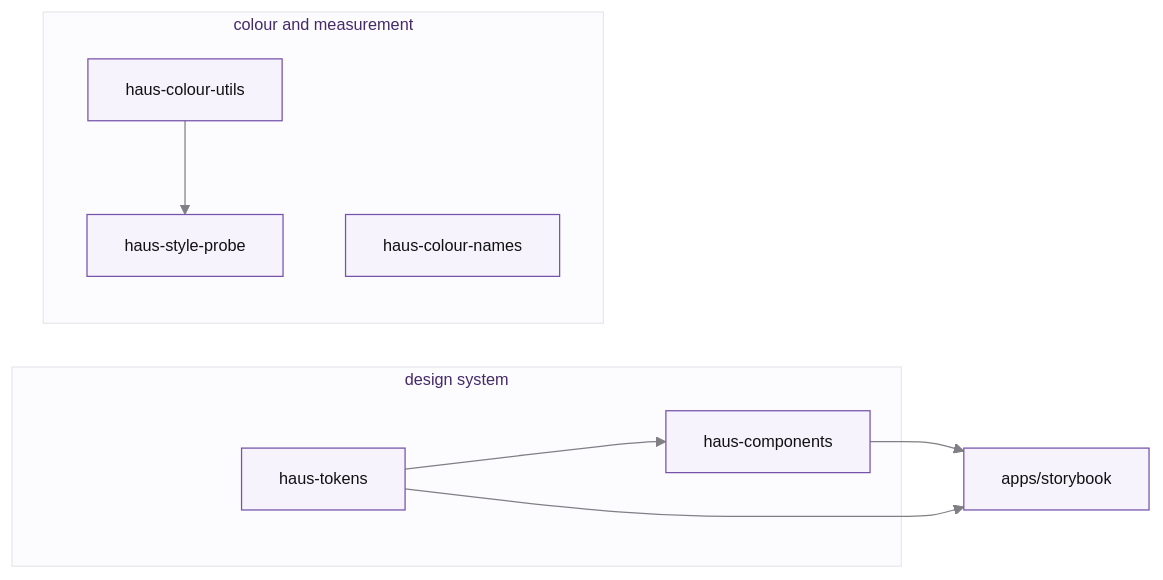
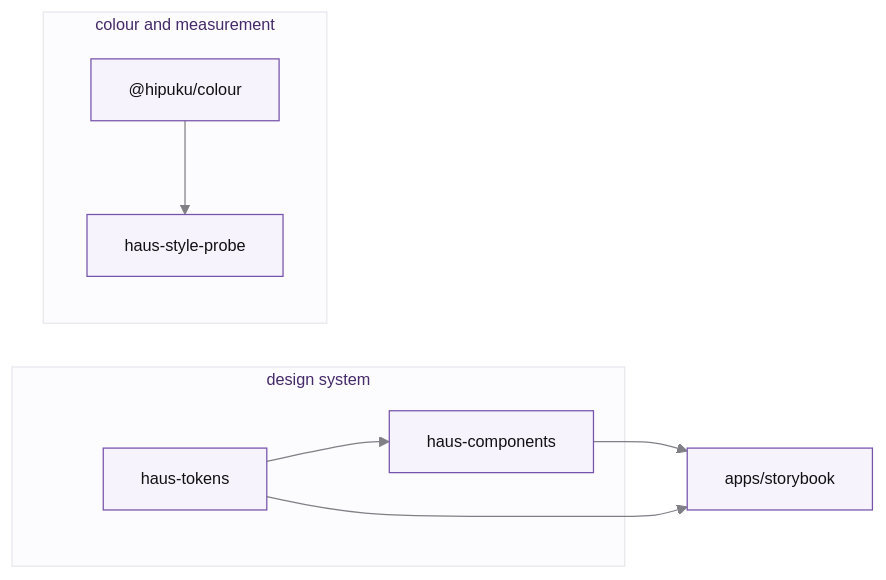
One commit to hipuku/haus changed the first of 4 diagrams in ARCHITECTURE.md. Above: the diagram before and after it, drawn with Mermaid. The commit also changed other lines of this file and 47 other files, not shown here.

First line of the commit message:
Merge haus-colour-utils and haus-colour-names into @hipuku/colour (#151)

````diff
--- a/ARCHITECTURE.md
+++ b/ARCHITECTURE.md
@@ -7,19 +7,18 @@
 ```mermaid
 %%{init: {'theme':'base','themeVariables':{'primaryColor':'#f6f3fc','primaryBorderColor':'#7653ab','primaryTextColor':'#111113','lineColor':'#807f85','secondaryColor':'#f5f4f9','tertiaryColor':'#ffffff','fontFamily':'Manrope, ui-sans-serif, system-ui','fontSize':'13px','clusterBkg':'#fcfbfe','clusterBorder':'#e7e7ed','titleColor':'#442a68','edgeLabelBackground':'#ffffff'},'themeCSS':'background-color:#ffffff;border-radius:8px;'}}%%
 flowchart LR
     subgraph SYSTEM ["design system"]
         T["haus-tokens"]
         C["haus-components"]
     end
     subgraph COLOUR ["colour and measurement"]
-        U["haus-colour-utils"]
-        N["haus-colour-names"]
+        U["@hipuku/colour"]
         P["haus-style-probe"]
     end
     SB["apps/storybook"]
 
     T --> C
     U --> P
     C --> SB
     T --> SB
 ```
````
